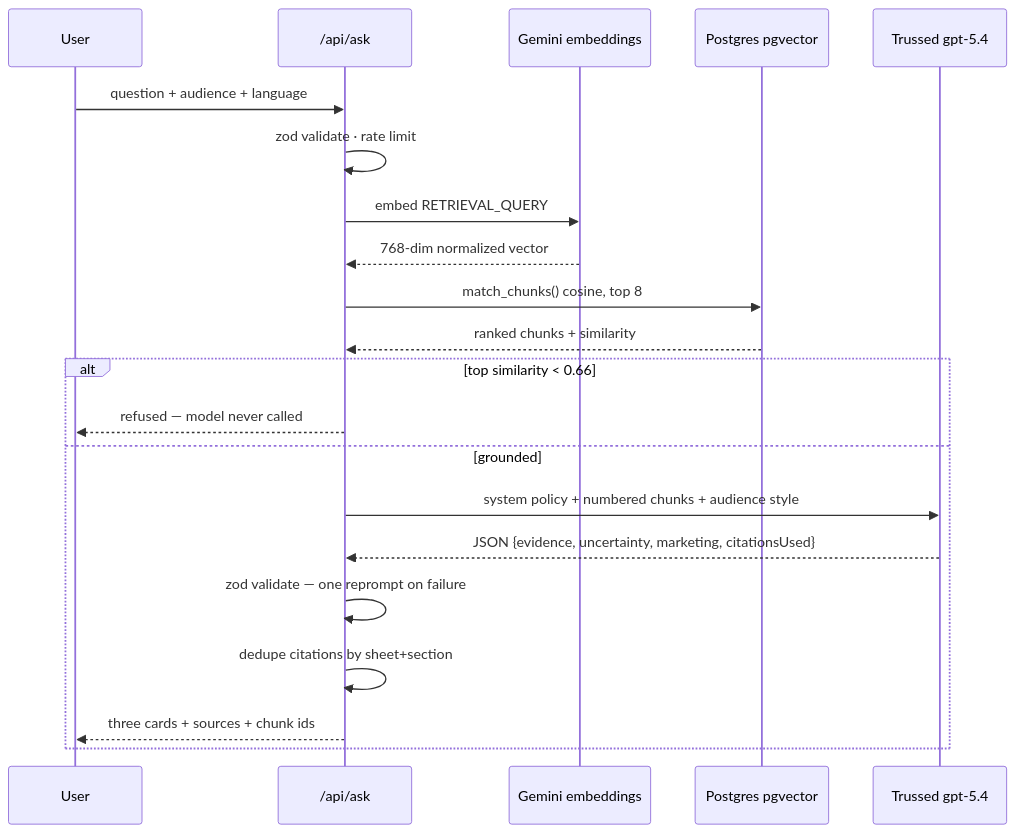
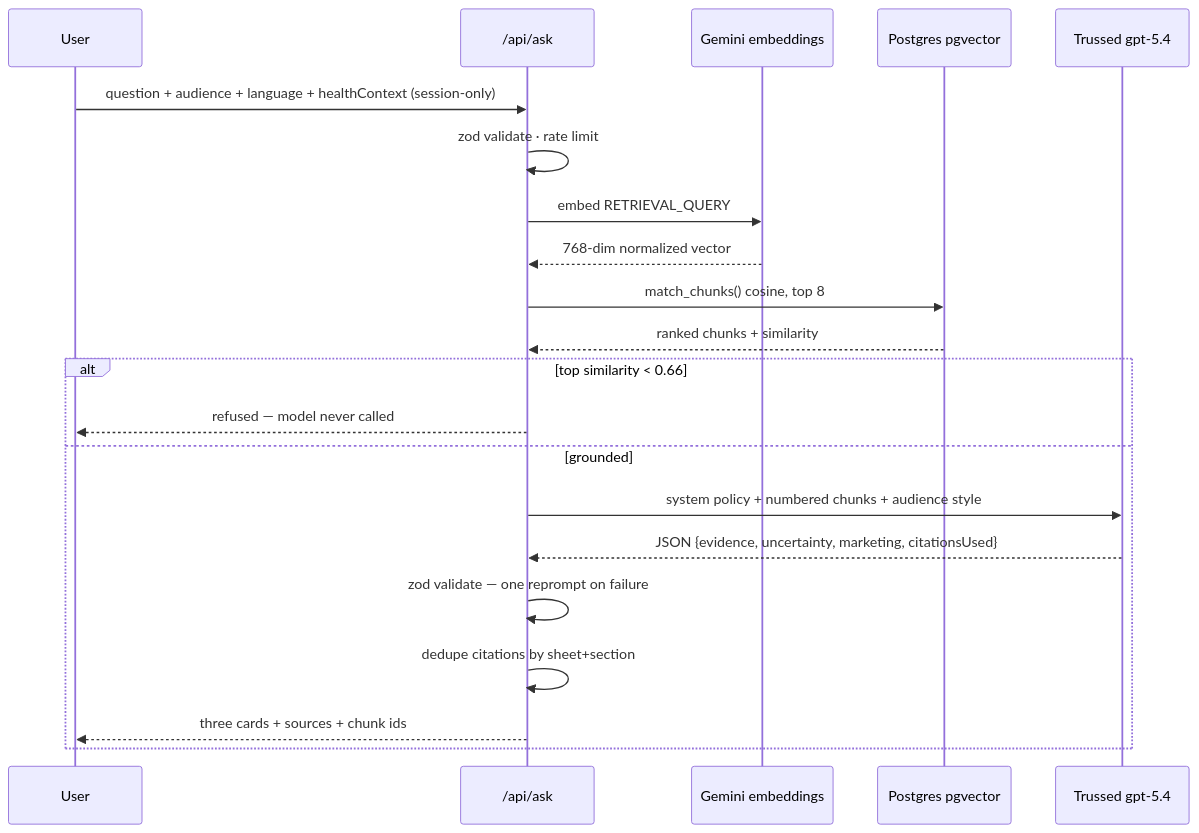
One commit to notypos/buildphase-notypos-deploy changed the third of 8 diagrams in design.md. Above: the diagram before and after it, drawn with Mermaid. The commit also changed other lines of this file and 13 other files, not shown here.

````diff
--- a/design.md
+++ b/design.md
@@ -109,25 +111,25 @@
 ```mermaid
 sequenceDiagram
     participant U as User
     participant R as /api/ask
     participant E as Gemini embeddings
     participant D as Postgres pgvector
     participant M as Trussed gpt-5.4
 
-    U->>R: question + audience + language
+    U->>R: question + audience + language + healthContext (session-only)
     R->>R: zod validate · rate limit
     R->>E: embed RETRIEVAL_QUERY
     E-->>R: 768-dim normalized vector
     R->>D: match_chunks() cosine, top 8
     D-->>R: ranked chunks + similarity
 
     alt top similarity < 0.66
         R-->>U: refused — model never called
     else grounded
         R->>M: system policy + numbered chunks + audience style
         M-->>R: JSON {evidence, uncertainty, marketing, citationsUsed}
         R->>R: zod validate — one reprompt on failure
         R->>R: dedupe citations by sheet+section
         R-->>U: three cards + sources + chunk ids
     end
 ```
````
